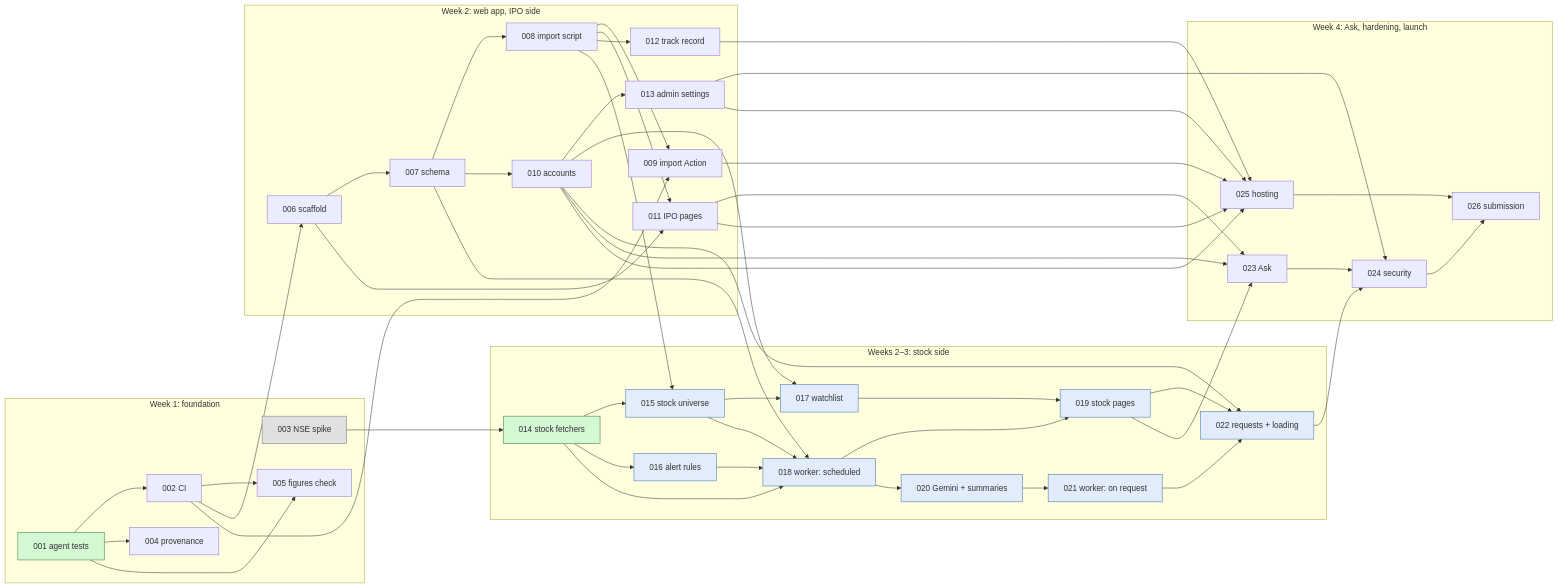
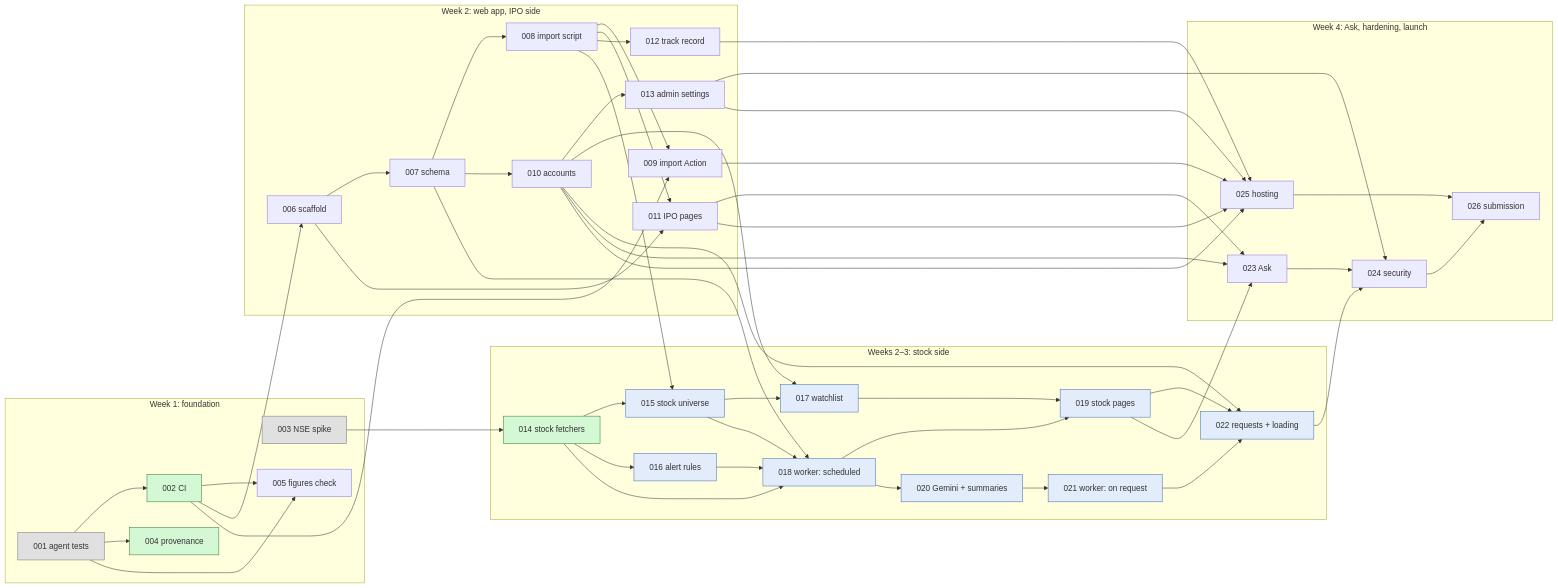
One commit to badjatya/IPO changed the diagram in docs/tasks/ROADMAP.md. Above: the diagram before and after it, drawn with Mermaid. The commit also changed other lines of this file and 1 other file, not shown here.

First line of the commit message:
Roadmap: 001 done, 002 and 004 ready

````diff
--- a/docs/tasks/ROADMAP.md
+++ b/docs/tasks/ROADMAP.md
@@ -83,61 +83,61 @@
 ```mermaid
 flowchart LR
     classDef ready fill:#d4f7d4,stroke:#2e7d32
     classDef m2 fill:#e3ecfb,stroke:#3b6db3
     classDef done fill:#e0e0e0,stroke:#757575
 
     subgraph wk1 ["Week 1: foundation"]
-        T001[001 agent tests]:::ready
-        T002[002 CI]
+        T001[001 agent tests]:::done
+        T002[002 CI]:::ready
         T003[003 NSE spike]:::done
-        T004[004 provenance]
+        T004[004 provenance]:::ready
         T005[005 figures check]
     end
     subgraph wk2 ["Week 2: web app, IPO side"]
         T006[006 scaffold]
         T007[007 schema]
         T008[008 import script]
         T009[009 import Action]
         T010[010 accounts]
         T011[011 IPO pages]
         T012[012 track record]
         T013[013 admin settings]
     end
     subgraph stocks ["Weeks 2–3: stock side"]
         T014[014 stock fetchers]:::ready
         T015[015 stock universe]:::m2
         T016[016 alert rules]:::m2
         T017[017 watchlist]:::m2
         T018[018 worker: scheduled]:::m2
         T019[019 stock pages]:::m2
         T020[020 Gemini + summaries]:::m2
         T021[021 worker: on request]:::m2
         T022[022 requests + loading]:::m2
     end
     subgraph wk4 ["Week 4: Ask, hardening, launch"]
         T023[023 Ask]
         T024[024 security]
         T025[025 hosting]
         T026[026 submission]
     end
 
     T001 --> T002 & T004 & T005
     T002 --> T005 & T006 & T009
     T006 --> T007 & T011
     T007 --> T008 & T010 & T018
     T008 --> T009 & T011 & T012 & T015
     T010 --> T013 & T017 & T022 & T023
     T003 --> T014
     T014 --> T015 & T016 & T018
     T015 --> T017 & T018
     T016 --> T018
     T017 --> T019
     T018 --> T019 & T020
     T020 --> T021
     T019 --> T022 & T023
     T021 --> T022
     T011 --> T023
     T013 & T022 & T023 --> T024
     T009 & T010 & T011 & T012 & T013 --> T025
     T024 & T025 --> T026
 ```
````
